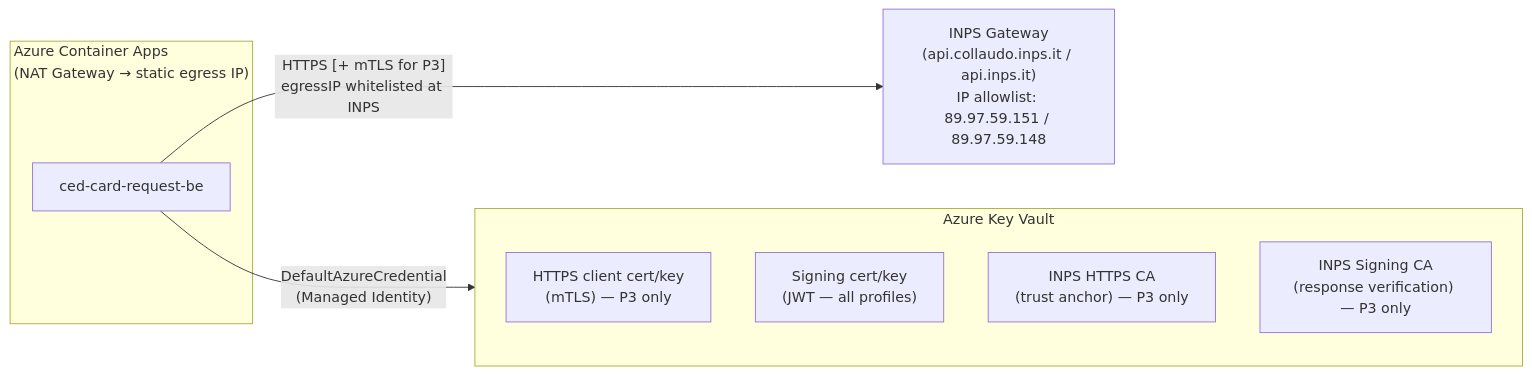
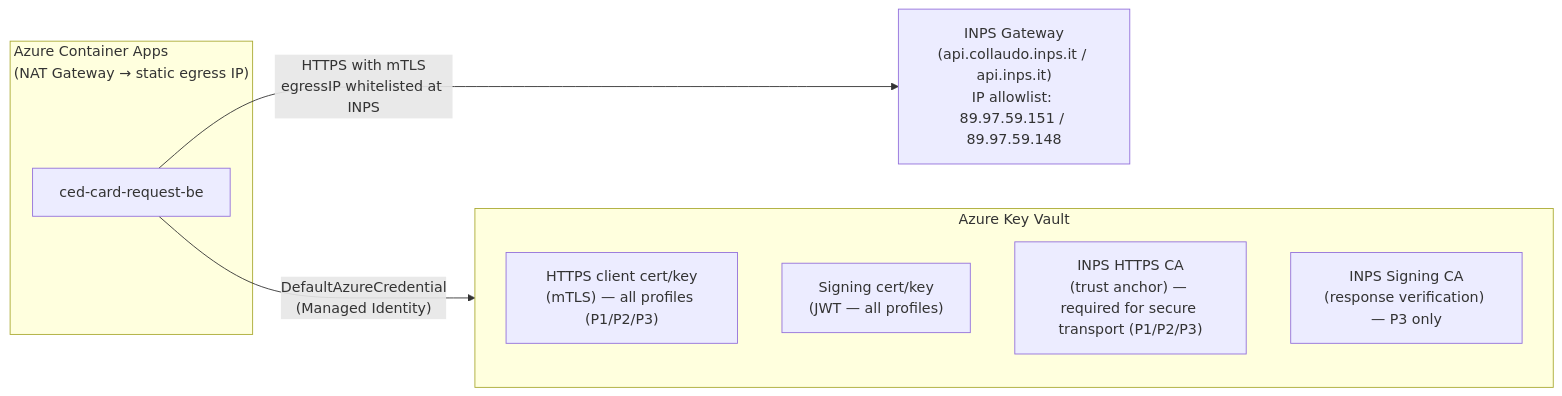
The fourth of 4 diagrams in docs/modi-inps/design-review.md (pagopa/io-growth), drawn with Mermaid before and after one commit. The commit also changed other lines of this file and 1 other file, not shown here.

````diff
--- a/docs/modi-inps/design-review.md
+++ b/docs/modi-inps/design-review.md
@@ -160,18 +160,18 @@
 ```mermaid
 flowchart LR
     subgraph ACA["Azure Container Apps\n(NAT Gateway → static egress IP)"]
         APP["ced-card-request-be"]
     end
 
     subgraph AKV_NS["Azure Key Vault"]
-        SEC1["HTTPS client cert/key\n(mTLS) — P3 only"]
+        SEC1["HTTPS client cert/key\n(mTLS) — all profiles (P1/P2/P3)"]
         SEC2["Signing cert/key\n(JWT — all profiles)"]
-        SEC3["INPS HTTPS CA\n(trust anchor) — P3 only"]
+        SEC3["INPS HTTPS CA\n(trust anchor) — required for secure transport (P1/P2/P3)"]
         SEC4["INPS Signing CA\n(response verification) — P3 only"]
     end
 
     INPS["INPS Gateway\n(api.collaudo.inps.it / api.inps.it)\nIP allowlist: 89.97.59.151 / 89.97.59.148"]
 
     APP -- "DefaultAzureCredential\n(Managed Identity)" --> AKV_NS
-    APP -- "HTTPS [+ mTLS for P3]\negressIP whitelisted at INPS" --> INPS
+    APP -- "HTTPS with mTLS\negressIP whitelisted at INPS" --> INPS
 ```
````
